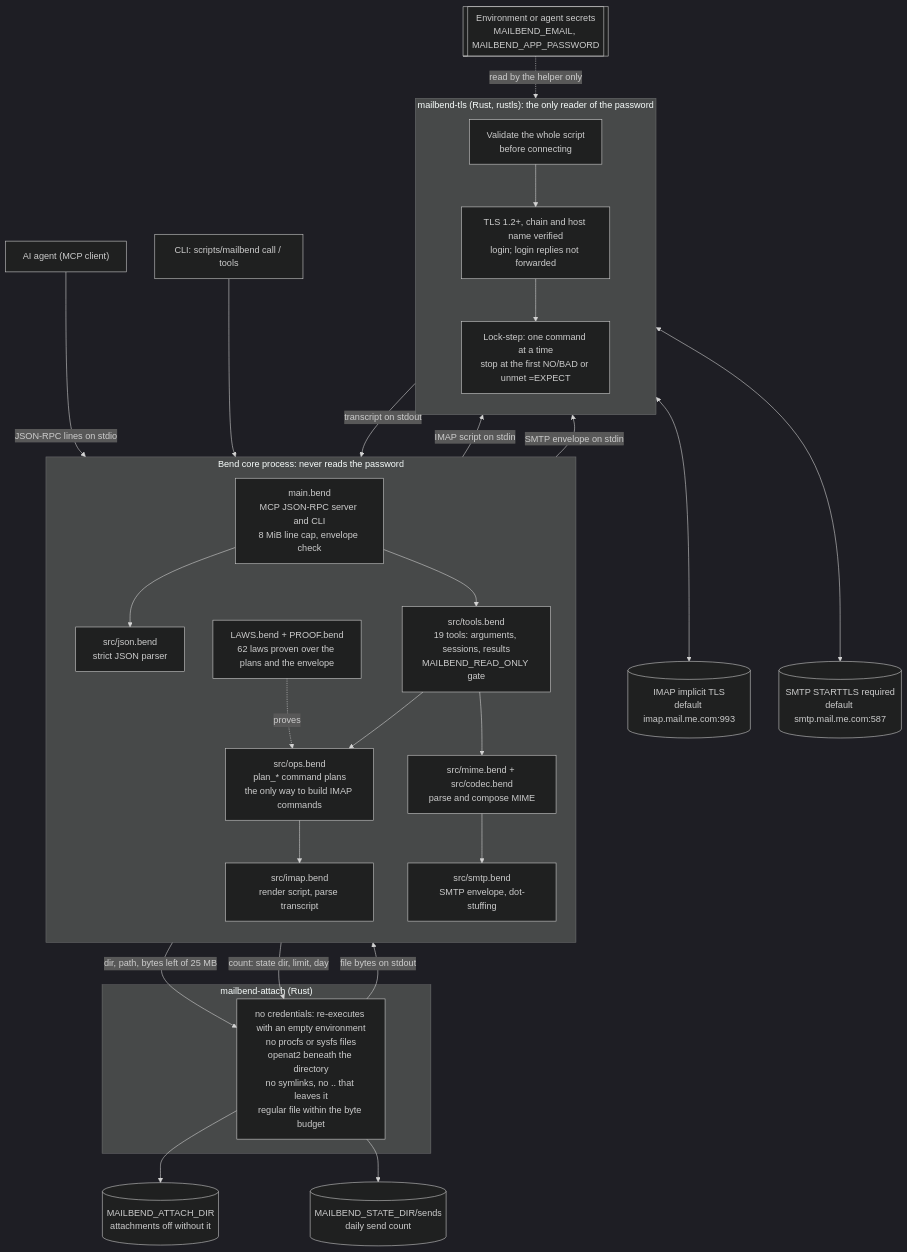
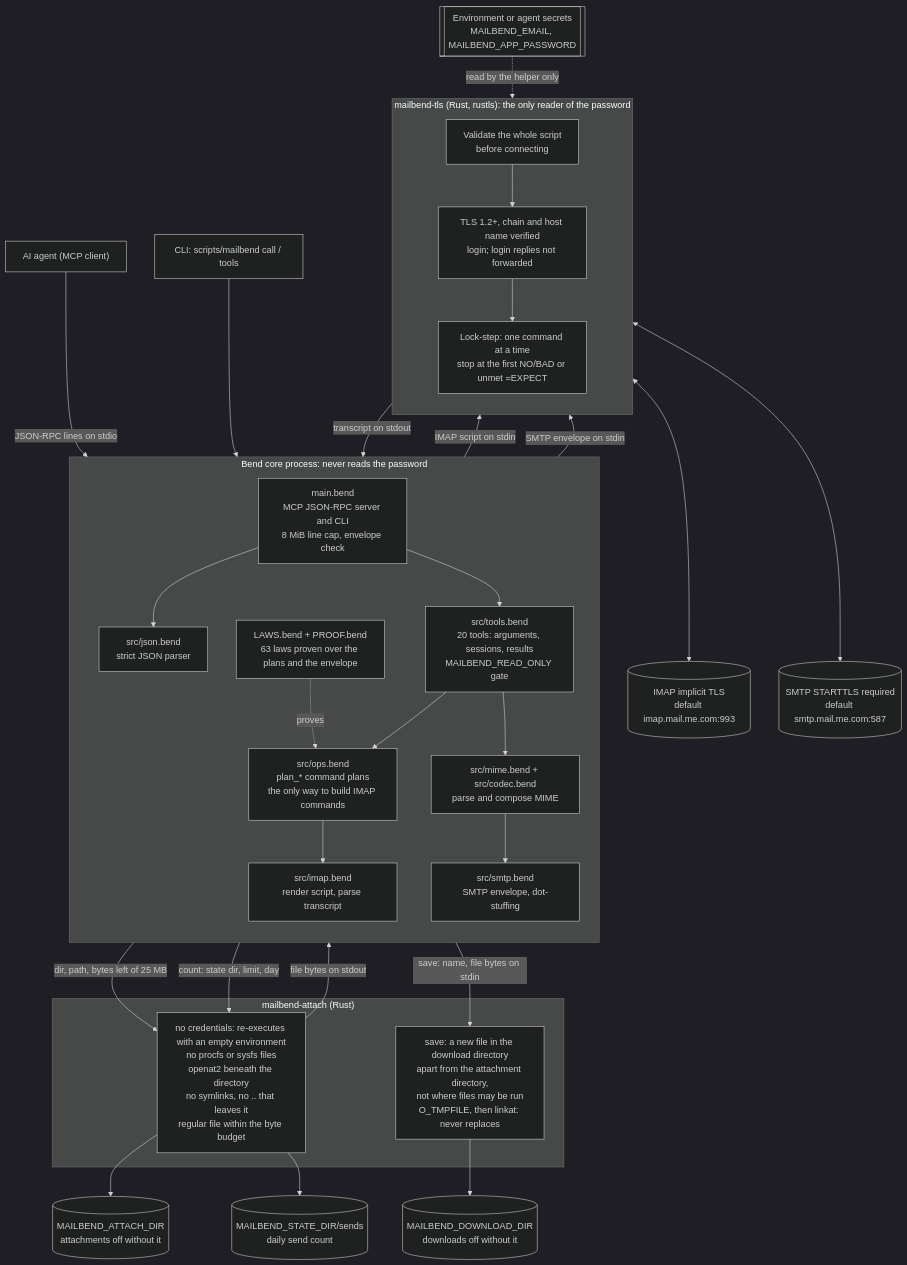
One commit to albertc71/MailBend changed the first of 3 diagrams in docs/ARCHITECTURE.md. Above: the diagram before and after it, drawn with Mermaid (dark theme). The commit also changed other lines of this file and 26 other files, not shown here.

First line of the commit message:
feat: add mail_get_attachment to save one attachment to disk

````diff
--- a/docs/ARCHITECTURE.md
+++ b/docs/ARCHITECTURE.md
@@ -27,57 +28,61 @@
 ```mermaid
 flowchart TB
   agent["AI agent (MCP client)"]
   cli["CLI: scripts/mailbend call / tools"]
   env[["Environment or agent secrets<br/>MAILBEND_EMAIL, MAILBEND_APP_PASSWORD"]]
 
   subgraph core["Bend core process: never reads the password"]
     direction TB
     main["main.bend<br/>MCP JSON-RPC server and CLI<br/>8 MiB line cap, envelope check"]
     json["src/json.bend<br/>strict JSON parser"]
-    tools["src/tools.bend<br/>19 tools: arguments, sessions, results<br/>MAILBEND_READ_ONLY gate"]
+    tools["src/tools.bend<br/>20 tools: arguments, sessions, results<br/>MAILBEND_READ_ONLY gate"]
     ops["src/ops.bend<br/>plan_* command plans<br/>the only way to build IMAP commands"]
-    laws["LAWS.bend + PROOF.bend<br/>62 laws proven over the plans and the envelope"]
+    laws["LAWS.bend + PROOF.bend<br/>63 laws proven over the plans and the envelope"]
     imap["src/imap.bend<br/>render script, parse transcript"]
     mime["src/mime.bend + src/codec.bend<br/>parse and compose MIME"]
     smtp["src/smtp.bend<br/>SMTP envelope, dot-stuffing"]
   end
 
   subgraph helper["mailbend-tls (Rust, rustls): the only reader of the password"]
     direction TB
     validate["Validate the whole script<br/>before connecting"]
     tls["TLS 1.2+, chain and host name verified<br/>login; login replies not forwarded"]
     lock["Lock-step: one command at a time<br/>stop at the first NO/BAD or unmet =EXPECT"]
   end
 
   subgraph reader["mailbend-attach (Rust)"]
     attach["no credentials: re-executes with an empty environment<br/>no procfs or sysfs files<br/>openat2 beneath the directory<br/>no symlinks, no .. that leaves it<br/>regular file within the byte budget"]
+    save["save: a new file in the download directory<br/>apart from the attachment directory,<br/>not where files may be run<br/>O_TMPFILE, then linkat: never replaces"]
   end
 
   imapsrv[("IMAP implicit TLS<br/>default imap.mail.me.com:993")]
   smtpsrv[("SMTP STARTTLS required<br/>default smtp.mail.me.com:587")]
   files[("MAILBEND_ATTACH_DIR<br/>attachments off without it")]
   sends[("MAILBEND_STATE_DIR/sends<br/>daily send count")]
+  downloads[("MAILBEND_DOWNLOAD_DIR<br/>downloads off without it")]
 
   agent -- "JSON-RPC lines on stdio" --> main
   cli --> main
   main --> json
   main --> tools
   tools --> ops
   laws -. "proves" .-> ops
   ops --> imap
   tools --> mime
   mime --> smtp
   imap -- "IMAP script on stdin" --> validate
   smtp -- "SMTP envelope on stdin" --> validate
   validate --> tls
   tls --> lock
   lock <--> imapsrv
   lock <--> smtpsrv
   lock -- "transcript on stdout" --> imap
   tools -- "dir, path, bytes left of 25 MB" --> attach
   attach --> files
   attach -- "file bytes on stdout" --> tools
   tools -- "count: state dir, limit, day" --> attach
   attach --> sends
+  tools -- "save: name, file bytes on stdin" --> save
+  save --> downloads
   env -. "read by the helper only" .-> tls
 ```
````
